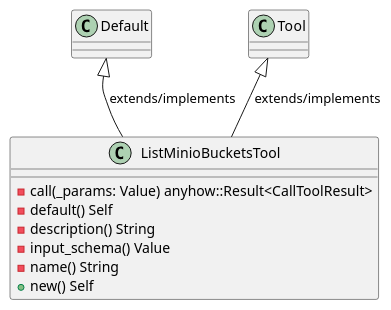
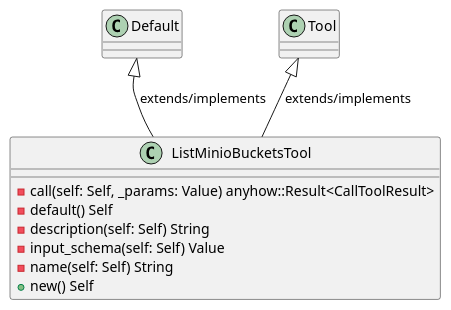
One commit to lgcorzo/rust_CACD_autonomous_factory changed the first of 6 diagrams in openwiki/crates_factory_mcp_server_src_tools_list_minio_buckets.md. Above: the diagram before and after it, drawn with PlantUML. The commit also changed other lines of this file and 95 other files, not shown here.

````diff
--- a/openwiki/crates_factory_mcp_server_src_tools_list_minio_buckets.md
+++ b/openwiki/crates_factory_mcp_server_src_tools_list_minio_buckets.md
@@ -80,15 +80,15 @@
 ```plantuml
 @startuml
 class ListMinioBucketsTool {
-    -call(_params: Value) anyhow::Result<CallToolResult>
+    -call(self: Self, _params: Value) anyhow::Result<CallToolResult>
     -default() Self
-    -description() String
-    -input_schema() Value
-    -name() String
+    -description(self: Self) String
+    -input_schema(self: Self) Value
+    -name(self: Self) String
     +new() Self
 }
 Default <|-- ListMinioBucketsTool : extends/implements
 Tool <|-- ListMinioBucketsTool : extends/implements
 @enduml
 
 ```
````
